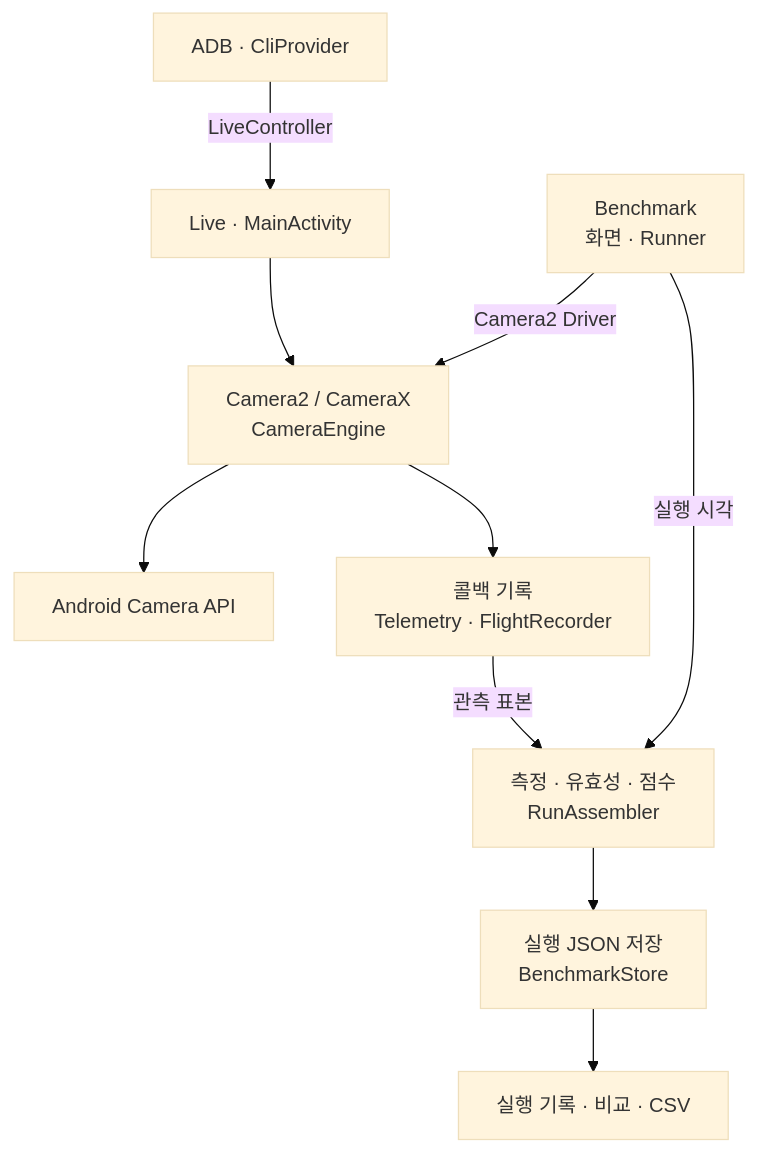
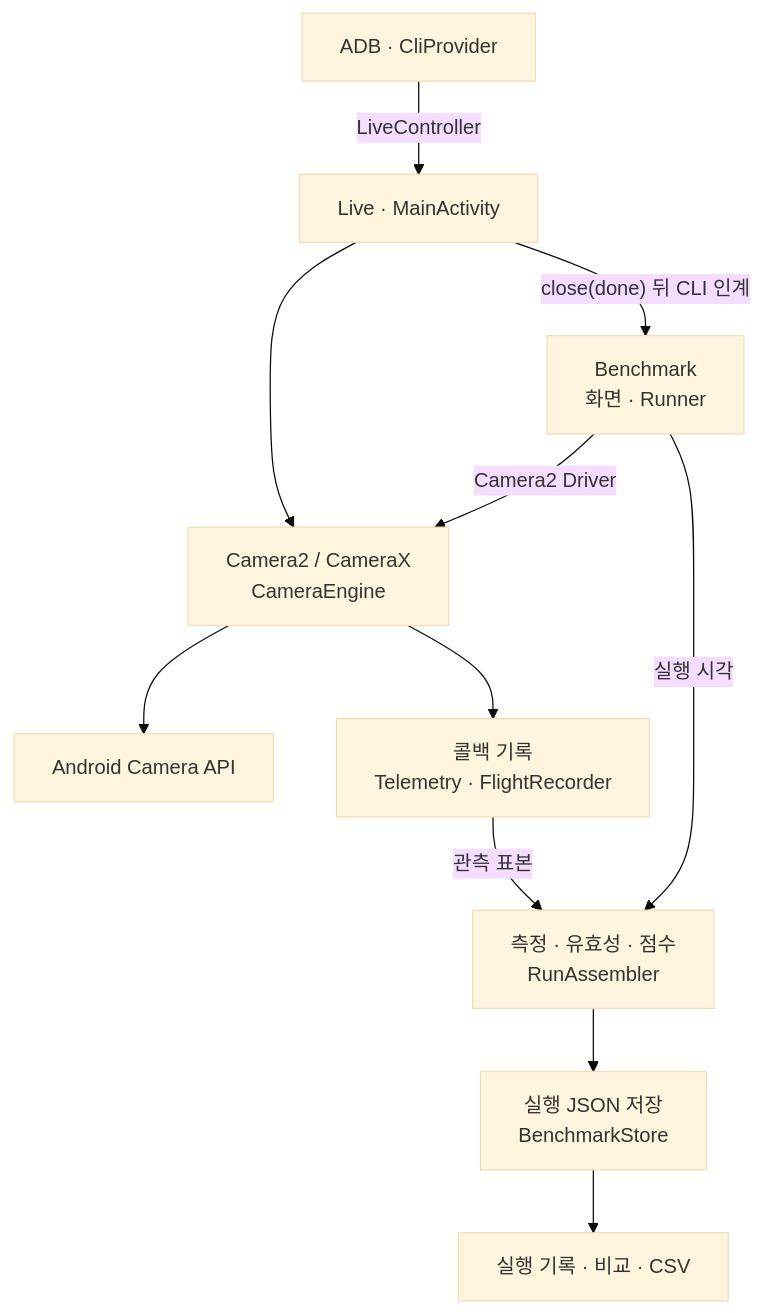
One commit to TTolsun/hal-camera changed the first of 6 diagrams in guide/architecture.md. Above: the diagram before and after it, drawn with Mermaid (base theme). The commit also changed other lines of this file and 25 other files, not shown here.

````diff
--- a/guide/architecture.md
+++ b/guide/architecture.md
@@ -65,12 +65,13 @@
 ```mermaid
 graph TB
     live["Live · MainActivity"] --> engines["Camera2 / CameraX<br/>CameraEngine"]
     cli["ADB · CliProvider"] -->|"LiveController"| live
     bench["Benchmark<br/>화면 · Runner"] -->|"Camera2 Driver"| engines
+    live -->|"close(done) 뒤 CLI 인계"| bench
     engines --> api["Android Camera API"]
     engines --> events["콜백 기록<br/>Telemetry · FlightRecorder"]
     bench -->|"실행 시각"| evaluate["측정 · 유효성 · 점수<br/>RunAssembler"]
     events -->|"관측 표본"| evaluate
     evaluate --> files["실행 JSON 저장<br/>BenchmarkStore"]
     files --> results["실행 기록 · 비교 · CSV"]
 ```
````
